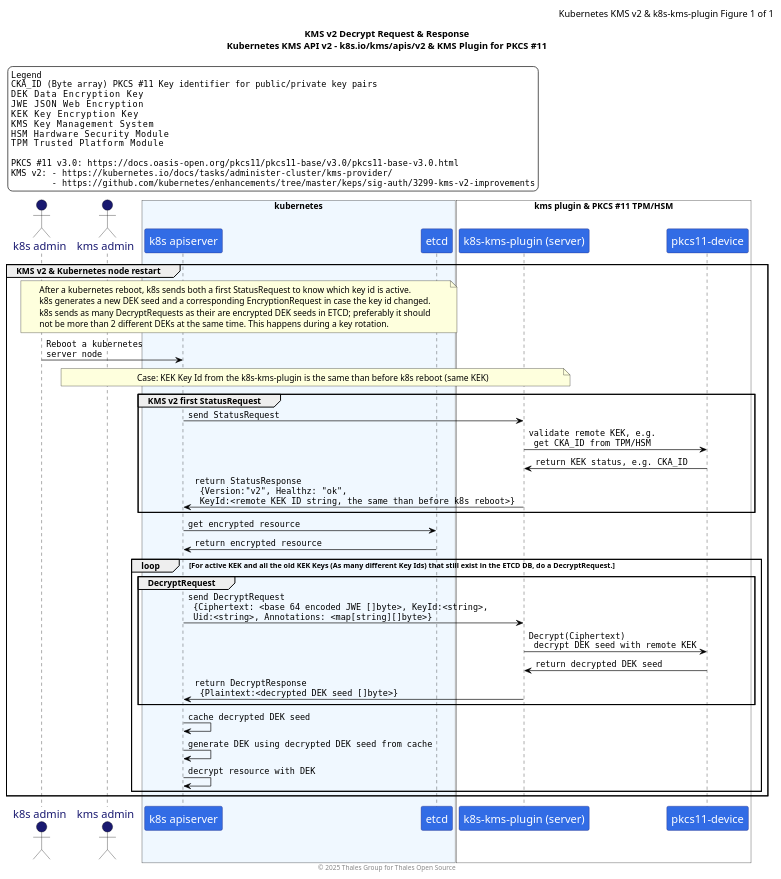
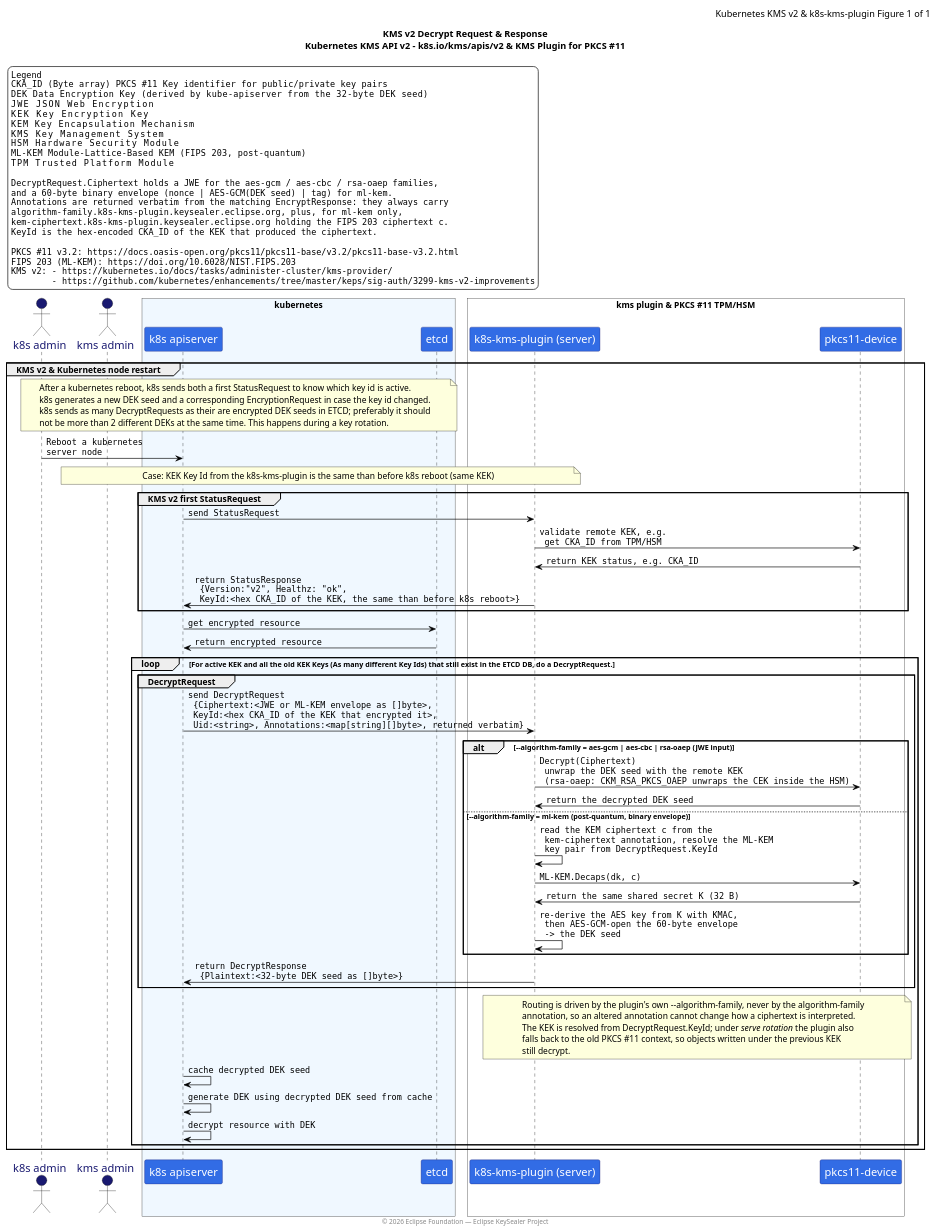
One commit to ThalesGroup/k8s-kms-plugin changed the diagram in docs/puml-diagrams/kmsv2-decryptrequest.sqce-diag.puml. Above: the diagram before and after it, drawn with PlantUML. The commit also changed 7 other files, not shown here.

First line of the commit message:
docs(diagrams): cover ML-KEM in the KMS v2 sequence diagrams

```diff
--- a/docs/puml-diagrams/kmsv2-decryptrequest.sqce-diag.puml
+++ b/docs/puml-diagrams/kmsv2-decryptrequest.sqce-diag.puml
@@ -1,116 +1,138 @@
 @startuml "Kubernetes KMS v2 Decrypt Request & Response"
 
 '=============================================================================='
 '== PlantUML Appearance parameters ============================================'
 '=============================================================================='
 skinparam shadowing false
 'skinparam backgroundColor transparent
 
 ' enable arrows on same level
 '!pragma teoz true
 
 skinparam legend {
   FontSize 13
   FontName DejaVu Sans Mono
   BorderColor black
   BackgroundColor white
 }
 
 skinparam sequence {
 ArrowColor Black
 ActorBorderColor Black
 LifeLineBorderColor Black
 LifeLineBackgroundColor #A9DCDF
 
 ParticipantBorderColor MidnightBlue
 ParticipantBackgroundColor #326CE5
 ParticipantFontName Impact
 ParticipantFontSize 17
 ParticipantFontColor white
 
 ActorBackgroundColor MidnightBlue
 ActorFontColor MidnightBlue
 ActorFontSize 17
 ActorFontName Aapex
 }
 
 skinparam ArrowFontName DejaVu Sans Mono
 
 
 '=============================================================================='
 '== Title ====================================================================='
 '=============================================================================='
 title
     KMS v2 Decrypt Request & Response
     Kubernetes KMS API v2 - k8s.io/kms/apis/v2 & KMS Plugin for PKCS #11
 end title
 
 skinparam HeaderFontSize 14
 header <font color=black>Kubernetes KMS v2 & k8s-kms-plugin Figure %page% of %lastpage%</font>
-footer © 2025 Thales Group for Thales Open Source
+footer © 2026 Eclipse Foundation — Eclipse KeySealer Project
 
 ' Legend
 legend top left
     Legend
-    CKA_ID (Byte array) PKCS #11 Key identifier for public/private key pairs
-    DEK    Data Encryption Key
-    JWE    JSON Web Encryption
-    KEK    Key Encryption Key
-    KMS    Key Management System
-    HSM    Hardware Security Module
-    TPM    Trusted Platform Module
-    
-    PKCS #11 v3.0: https://docs.oasis-open.org/pkcs11/pkcs11-base/v3.0/pkcs11-base-v3.0.html
+    CKA_ID   (Byte array) PKCS #11 Key identifier for public/private key pairs
+    DEK      Data Encryption Key (derived by kube-apiserver from the 32-byte DEK seed)
+    JWE      JSON Web Encryption
+    KEK      Key Encryption Key
+    KEM      Key Encapsulation Mechanism
+    KMS      Key Management System
+    HSM      Hardware Security Module
+    ML-KEM   Module-Lattice-Based KEM (FIPS 203, post-quantum)
+    TPM      Trusted Platform Module
+
+    DecryptRequest.Ciphertext holds a JWE for the aes-gcm / aes-cbc / rsa-oaep families,
+    and a 60-byte binary envelope (nonce | AES-GCM(DEK seed) | tag) for ml-kem.
+    Annotations are returned verbatim from the matching EncryptResponse: they always carry
+    algorithm-family.k8s-kms-plugin.keysealer.eclipse.org, plus, for ml-kem only,
+    kem-ciphertext.k8s-kms-plugin.keysealer.eclipse.org holding the FIPS 203 ciphertext c.
+    KeyId is the hex-encoded CKA_ID of the KEK that produced the ciphertext.
+
+    PKCS #11 v3.2: https://docs.oasis-open.org/pkcs11/pkcs11-base/v3.2/pkcs11-base-v3.2.html
+    FIPS 203 (ML-KEM): https://doi.org/10.6028/NIST.FIPS.203
     KMS v2: - https://kubernetes.io/docs/tasks/administer-cluster/kms-provider/
             - https://github.com/kubernetes/enhancements/tree/master/keps/sig-auth/3299-kms-v2-improvements
 end legend
 
 '=============================================================================='
 '== Sequence diagram begins ==================================================='
 '=============================================================================='
 
     actor "k8s admin" as k8sa
     actor "kms admin" as kmsa
 
     box "kubernetes" #AliceBlue
         participant "k8s apiserver" as k8sapisrv
         participant "etcd" as etcd
     end box
 
 
     box "kms plugin & PKCS #11 TPM/HSM" #fff
         participant "k8s-kms-plugin (server)" as kmsplg
         participant "pkcs11-device" as p11
     end box
 
     group KMS v2 & Kubernetes node restart
         note over k8sa, etcd : After a kubernetes reboot, k8s sends both a first StatusRequest to know which key id is active. \nk8s generates a new DEK seed and a corresponding EncryptionRequest in case the key id changed. \nk8s sends as many DecryptRequests as their are encrypted DEK seeds in ETCD; preferably it should \nnot be more than 2 different DEKs at the same time. This happens during a key rotation.
 
         k8sa -> k8sapisrv : Reboot a kubernetes \nserver node
 
         note over kmsa, kmsplg : Case: KEK Key Id from the k8s-kms-plugin is the same than before k8s reboot (same KEK)
 
             group KMS v2 first StatusRequest
                 k8sapisrv -> kmsplg : send StatusRequest
                 kmsplg -> p11 : validate remote KEK, e.g. \n get CKA_ID from TPM/HSM
                 p11 -> kmsplg : return KEK status, e.g. CKA_ID
-                kmsplg -> k8sapisrv : return StatusResponse \n {Version:"v2", Healthz: "ok", \n KeyId:<remote KEK ID string, the same than before k8s reboot>}
+                kmsplg -> k8sapisrv : return StatusResponse \n {Version:"v2", Healthz: "ok", \n KeyId:<hex CKA_ID of the KEK, the same than before k8s reboot>}
             end
 
             k8sapisrv -> etcd : get encrypted resource
             etcd -> k8sapisrv : return encrypted resource
 
         loop For active KEK and all the old KEK Keys (As many different Key Ids) that still exist in the ETCD DB, do a DecryptRequest.
             group DecryptRequest
-                k8sapisrv -> kmsplg : send DecryptRequest \n {Ciphertext: <base 64 encoded JWE []byte>, KeyId:<string>, \n Uid:<string>, Annotations: <map[string][]byte>}
-                kmsplg -> p11 : Decrypt(Ciphertext) \n decrypt DEK seed with remote KEK
-                kmsplg <- p11 : return decrypted DEK seed
-                kmsplg -> k8sapisrv : return DecryptResponse \n {Plaintext:<decrypted DEK seed []byte>}
+                k8sapisrv -> kmsplg : send DecryptRequest \n {Ciphertext:<JWE or ML-KEM envelope as []byte>, \n KeyId:<hex CKA_ID of the KEK that encrypted it>, \n Uid:<string>, Annotations:<map[string][]byte>, returned verbatim}
+
+                alt --algorithm-family = aes-gcm | aes-cbc | rsa-oaep (JWE input)
+                    kmsplg -> p11 : Decrypt(Ciphertext) \n unwrap the DEK seed with the remote KEK \n (rsa-oaep: CKM_RSA_PKCS_OAEP unwraps the CEK inside the HSM)
+                    kmsplg <- p11 : return the decrypted DEK seed
+
+                else --algorithm-family = ml-kem (post-quantum, binary envelope)
+                    kmsplg -> kmsplg : read the KEM ciphertext c from the \n kem-ciphertext annotation, resolve the ML-KEM \n key pair from DecryptRequest.KeyId
+                    kmsplg -> p11 : ML-KEM.Decaps(dk, c)
+                    kmsplg <- p11 : return the same shared secret K (32 B)
+                    kmsplg -> kmsplg : re-derive the AES key from K with KMAC, \n then AES-GCM-open the 60-byte envelope \n -> the DEK seed
+                end
+
+                kmsplg -> k8sapisrv : return DecryptResponse \n {Plaintext:<32-byte DEK seed as []byte>}
             end
+
+            note over kmsplg, p11 : Routing is driven by the plugin's own ~--algorithm-family, never by the algorithm-family \nannotation, so an altered annotation cannot change how a ciphertext is interpreted. \nThe KEK is resolved from DecryptRequest.KeyId; under //serve rotation// the plugin also \nfalls back to the old PKCS #11 context, so objects written under the previous KEK \nstill decrypt.
 
             k8sapisrv -> k8sapisrv : cache decrypted DEK seed
             k8sapisrv -> k8sapisrv : generate DEK using decrypted DEK seed from cache
             k8sapisrv -> k8sapisrv : decrypt resource with DEK
         end
     end
 @enduml
```
